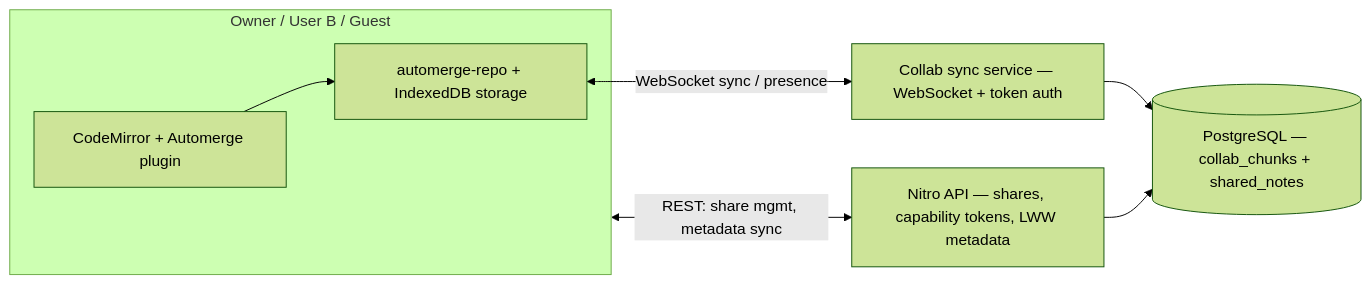
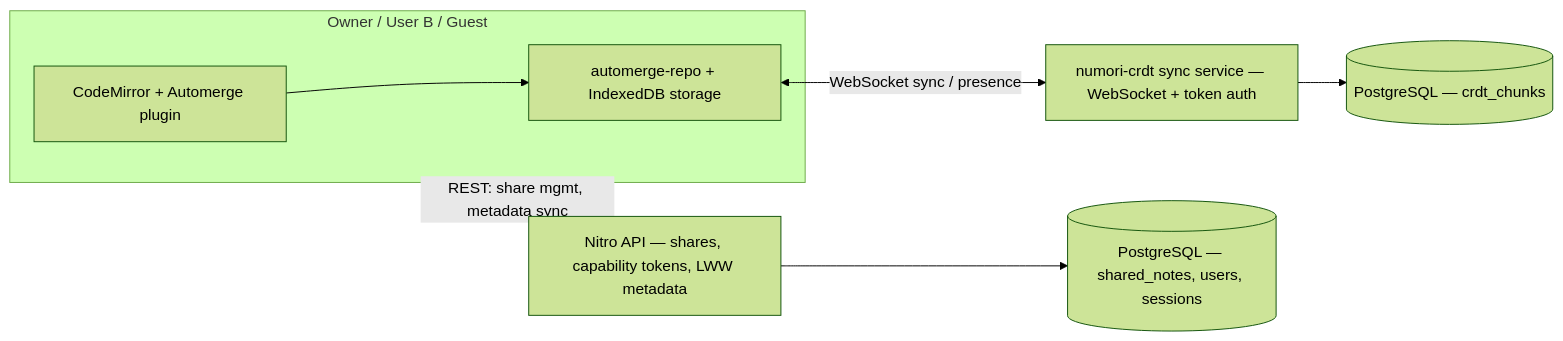
The sixth of 6 diagrams in README.md (Erik-Bjerke/Calc-Notes), drawn with Mermaid (forest theme) before and after one commit. The commit also changed other lines of this file and 22 other files, not shown here.

````diff
--- a/README.md
+++ b/README.md
@@ -586,16 +576,17 @@
 ```mermaid
 flowchart LR
     subgraph A[Owner / User B / Guest]
       CM[CodeMirror + Automerge plugin]
       REPO[automerge-repo + IndexedDB storage]
       CM --> REPO
     end
-    COLLAB[Collab sync service — WebSocket + token auth]
-    PG[(PostgreSQL — collab_chunks + shared_notes)]
+    COLLAB[numori-crdt sync service — WebSocket + token auth]
+    CRDTPG[(PostgreSQL — crdt_chunks)]
+    PG[(PostgreSQL — shared_notes, users, sessions)]
     NITRO[Nitro API — shares, capability tokens, LWW metadata]
 
     REPO <-- WebSocket sync / presence --> COLLAB
-    COLLAB --> PG
+    COLLAB --> CRDTPG
     NITRO --> PG
     A <-- REST: share mgmt, metadata sync --> NITRO
 ```
````
